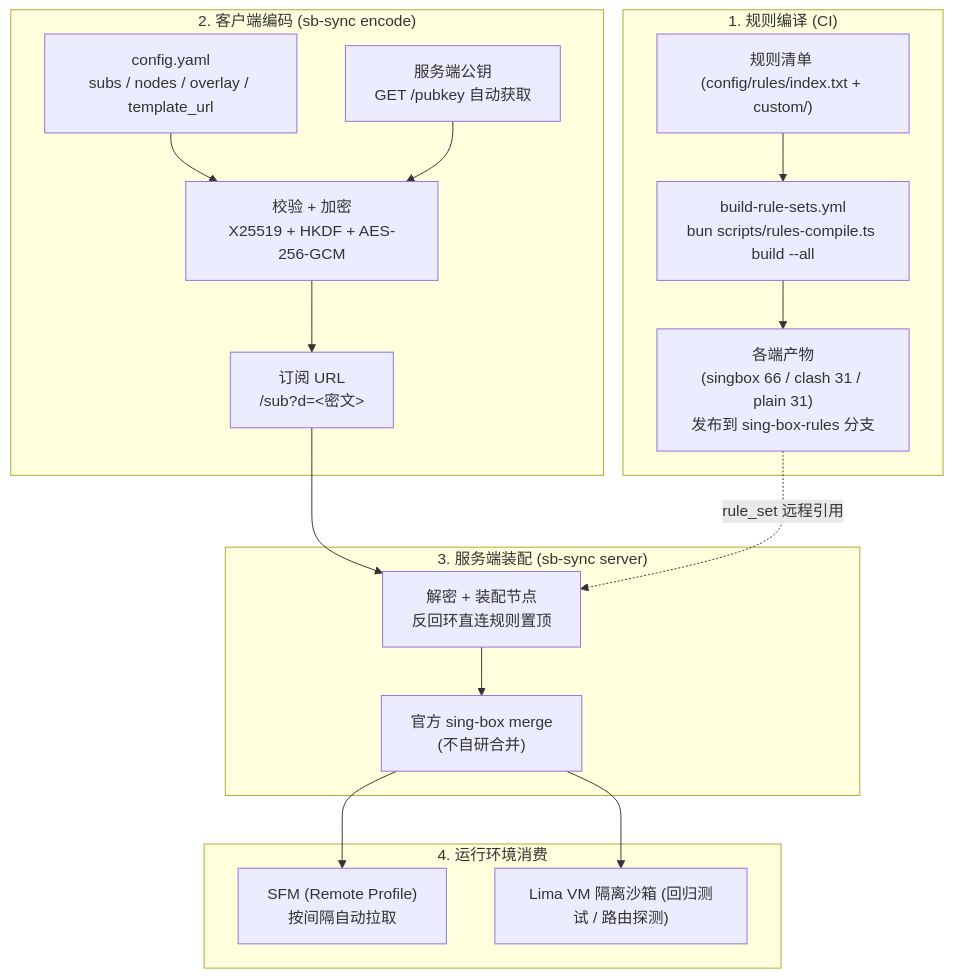
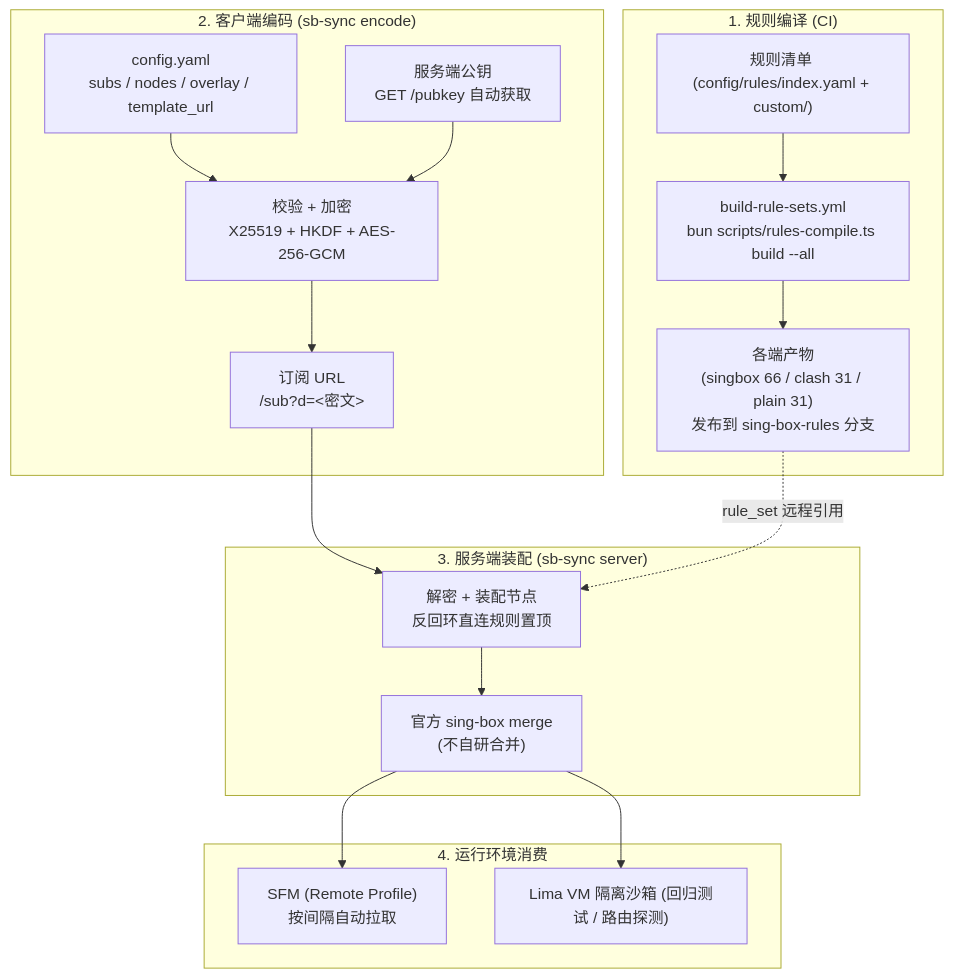
The first of 3 diagrams in docs/ARCH.md (shelken/proxy), drawn with Mermaid before and after one commit. The commit also changed other lines of this file and 8 other files, not shown here.

First line of the commit message:
refactor(rules): 清单改用 YAML，去掉冗余的 policy 列

````diff
--- a/docs/ARCH.md
+++ b/docs/ARCH.md
@@ -24,24 +24,24 @@
 ```mermaid
 flowchart TD
     subgraph S1 ["1. 规则编译 (CI)"]
-        R_SRC["规则清单 (config/rules/index.txt + custom/)"] --> GHA["build-rule-sets.yml\nbun scripts/rules-compile.ts build --all"]
+        R_SRC["规则清单 (config/rules/index.yaml + custom/)"] --> GHA["build-rule-sets.yml\nbun scripts/rules-compile.ts build --all"]
         GHA --> R_BIN["各端产物\n(singbox 66 / clash 31 / plain 31)\n发布到 sing-box-rules 分支"]
     end
 
     subgraph S2 ["2. 客户端编码 (sb-sync encode)"]
         YAML["config.yaml\nsubs / nodes / overlay / template_url"] --> ENC["校验 + 加密\nX25519 + HKDF + AES-256-GCM"]
         PK["服务端公钥\nGET /pubkey 自动获取"] --> ENC
         ENC --> URL["订阅 URL\n/sub?d=&lt;密文&gt;"]
     end
 
     subgraph S3 ["3. 服务端装配 (sb-sync server)"]
         URL --> SRV["解密 + 装配节点\n反回环直连规则置顶"]
         SRV --> MG["官方 sing-box merge\n(不自研合并)"]
         R_BIN -.->|rule_set 远程引用| SRV
     end
 
     subgraph S4 ["4. 运行环境消费"]
         MG --> SFM["SFM (Remote Profile)\n按间隔自动拉取"]
         MG --> SANDBOX["Lima VM 隔离沙箱 (回归测试 / 路由探测)"]
     end
 ```
````
